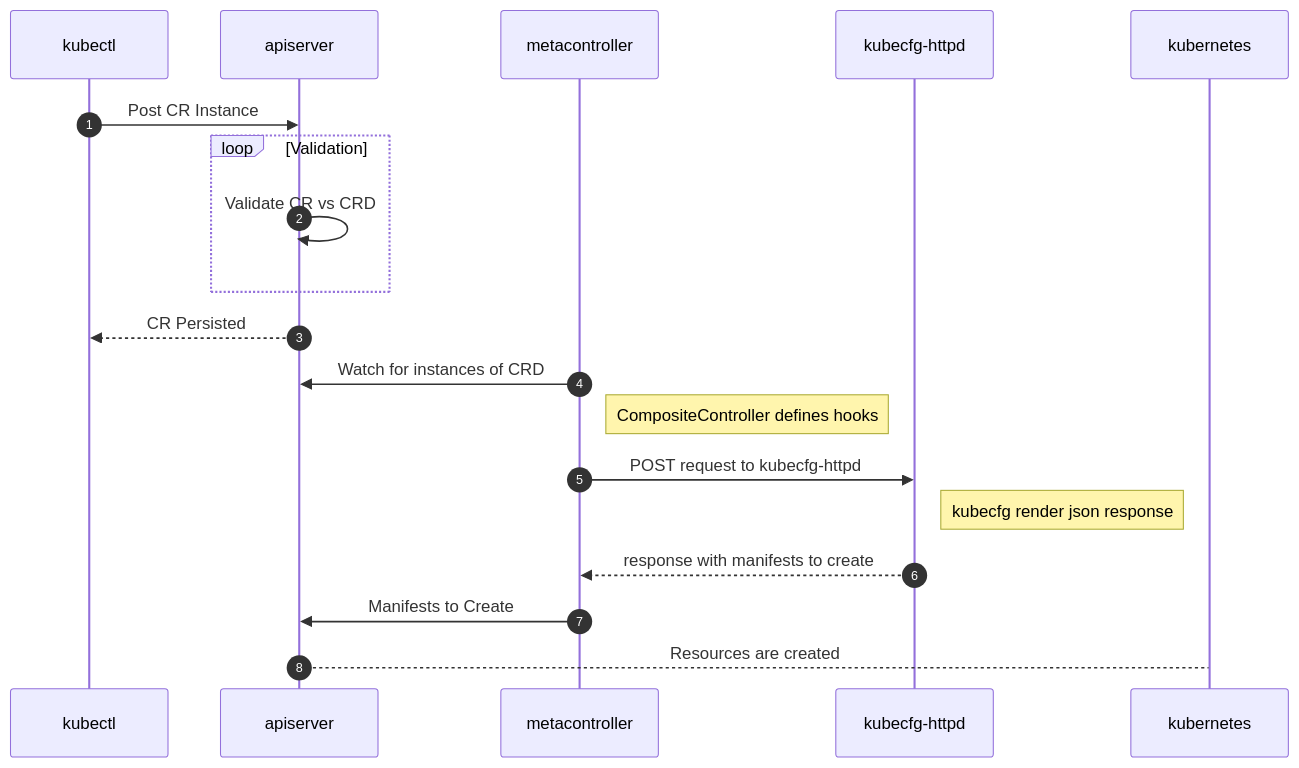
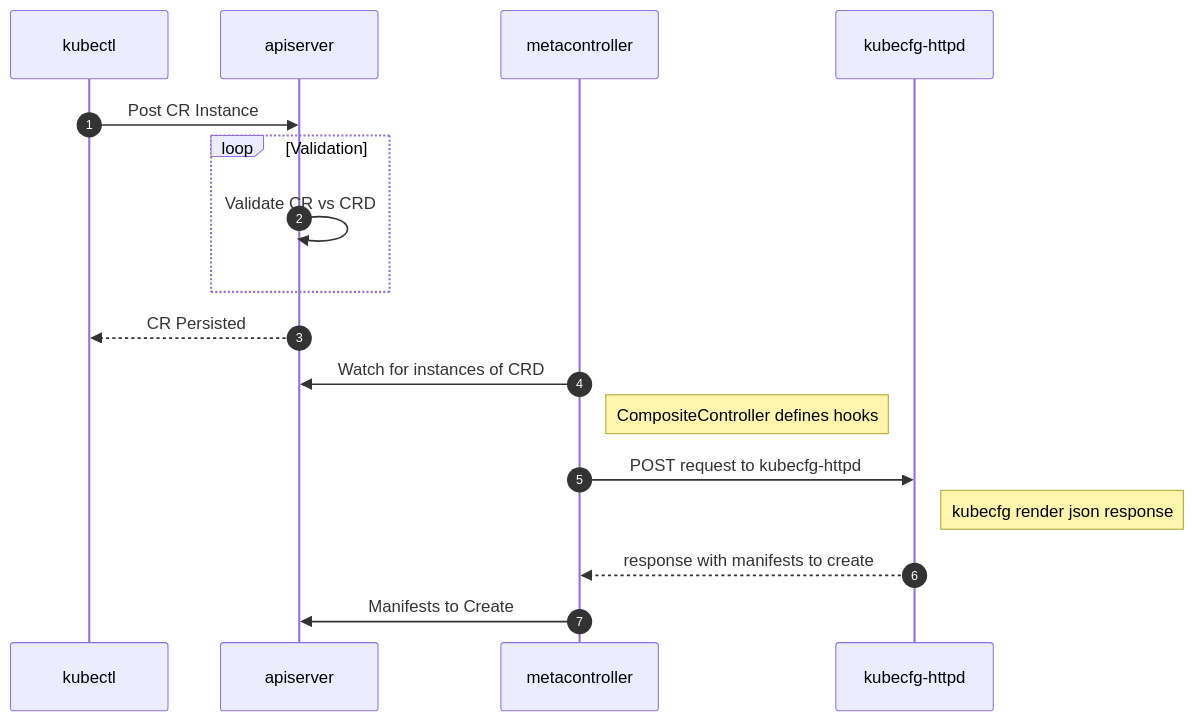
The diagram in docs/Advanced-Usage/metacontroller-integration.md (kubecfg/kubecfg), drawn with Mermaid before and after one commit.

Commit message:
Remove useless part from diagram

````diff
--- a/docs/Advanced-Usage/metacontroller-integration.md
+++ b/docs/Advanced-Usage/metacontroller-integration.md
@@ -18,16 +18,15 @@
 ``` mermaid
 sequenceDiagram
   autonumber
   kubectl->>apiserver: Post CR Instance
   loop Validation
       apiserver->>apiserver: Validate CR vs CRD
   end
   apiserver-->>kubectl: CR Persisted
   metacontroller->>apiserver: Watch for instances of CRD
   Note right of metacontroller: CompositeController defines hooks
   metacontroller->>kubecfg-httpd: POST request to kubecfg-httpd
   Note right of kubecfg-httpd: kubecfg render json response
   kubecfg-httpd-->>metacontroller: response with manifests to create
   metacontroller->>apiserver: Manifests to Create
-  apiserver-->kubernetes: Resources are created
 ```
````
